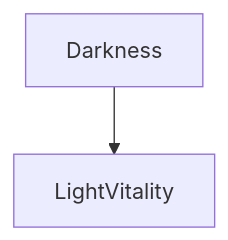
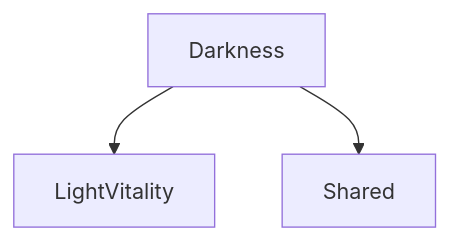
One commit to tja688/ThatGameJam changed the diagram in Assets/ArchitectureScanResults/Features/Darkness/L2_external.mmd. Above: the diagram before and after it, drawn with Mermaid. The commit also changed 25 other files, not shown here.

```diff
--- a/Assets/ArchitectureScanResults/Features/Darkness/L2_external.mmd
+++ b/Assets/ArchitectureScanResults/Features/Darkness/L2_external.mmd
@@ -1,5 +1,7 @@
 %% L2 Darkness External Calls
 graph TD
     Feature::Darkness["Darkness"]
     Feature::LightVitality["LightVitality"]
     Feature::Darkness --> Feature::LightVitality
+    Feature::Shared["Shared"]
+    Feature::Darkness --> Feature::Shared
```
